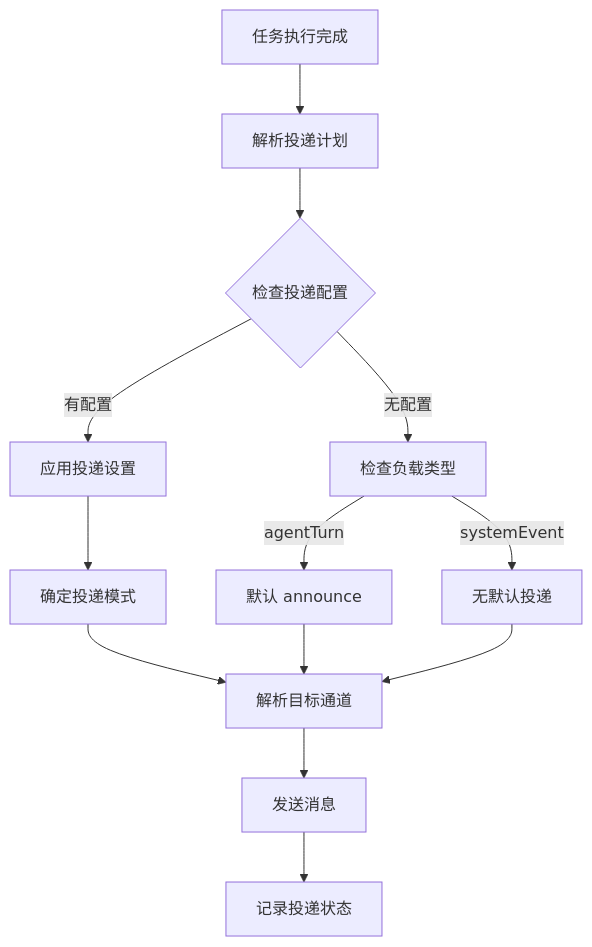
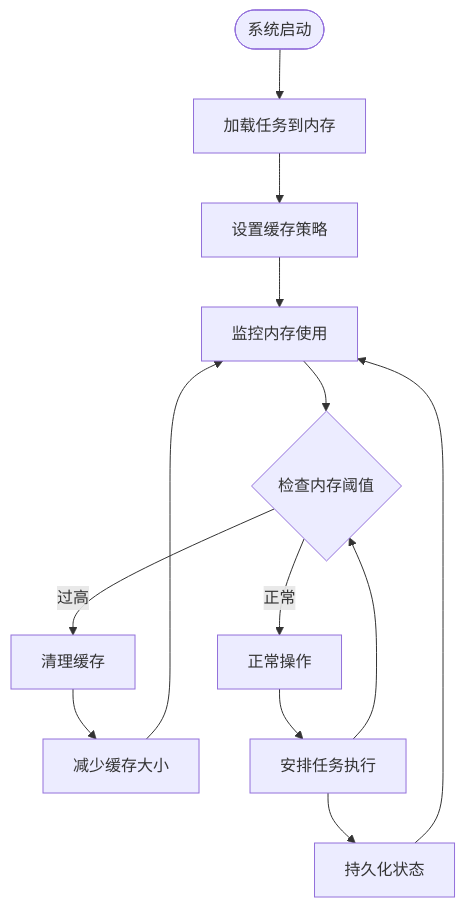
The ninth of 10 diagrams in .qoder/repowiki/zh/content/Web界面/定时任务管理系统.md (verse-ai-org/openclaw), drawn with Mermaid before and after one commit. The commit also changed other lines of this file and 89 other files, not shown here.

````diff
--- a/.qoder/repowiki/zh/content/Web界面/定时任务管理系统.md
+++ b/.qoder/repowiki/zh/content/Web界面/定时任务管理系统.md
@@ -249,15 +422,15 @@
 ```mermaid
 flowchart TD
-A[任务执行完成] --> B[解析投递计划]
-B --> C{检查投递配置}
-C --> |有配置| D[应用投递设置]
-C --> |无配置| E[检查负载类型]
-D --> F[确定投递模式]
-E --> |agentTurn| G[默认 announce]
-E --> |systemEvent| H[无默认投递]
-F --> I[解析目标通道]
-G --> I
-H --> I
-I --> J[发送消息]
-J --> K[记录投递状态]
+Start([系统启动]) --> LoadJobs[加载任务到内存]
+LoadJobs --> SetCache[设置缓存策略]
+SetCache --> MonitorMemory[监控内存使用]
+MonitorMemory --> CheckThreshold{检查内存阈值}
+CheckThreshold --> |正常| NormalOps[正常操作]
+CheckThreshold --> |过高| CleanupCache[清理缓存]
+CleanupCache --> ReduceCache[减少缓存大小]
+ReduceCache --> MonitorMemory
+NormalOps --> ScheduleTasks[安排任务执行]
+ScheduleTasks --> CheckThreshold
+ScheduleTasks --> PersistState[持久化状态]
+PersistState --> MonitorMemory
 ```
````
